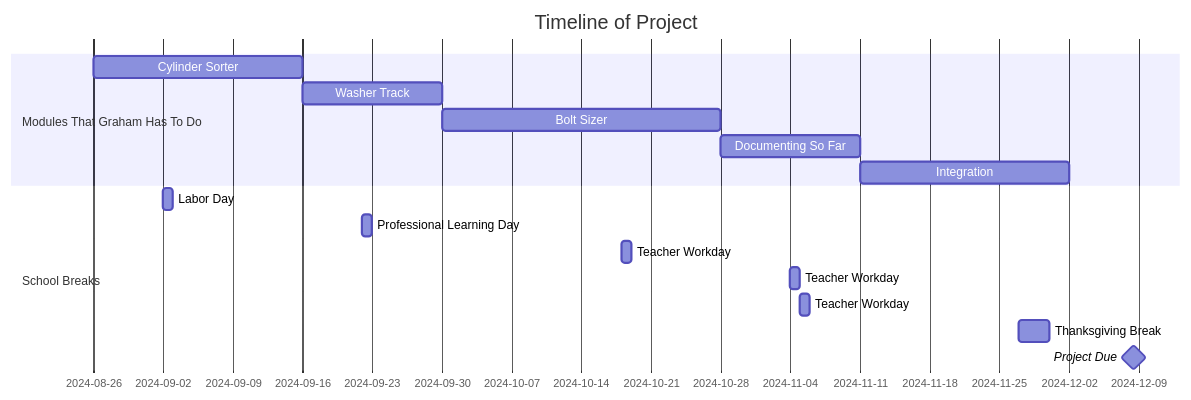
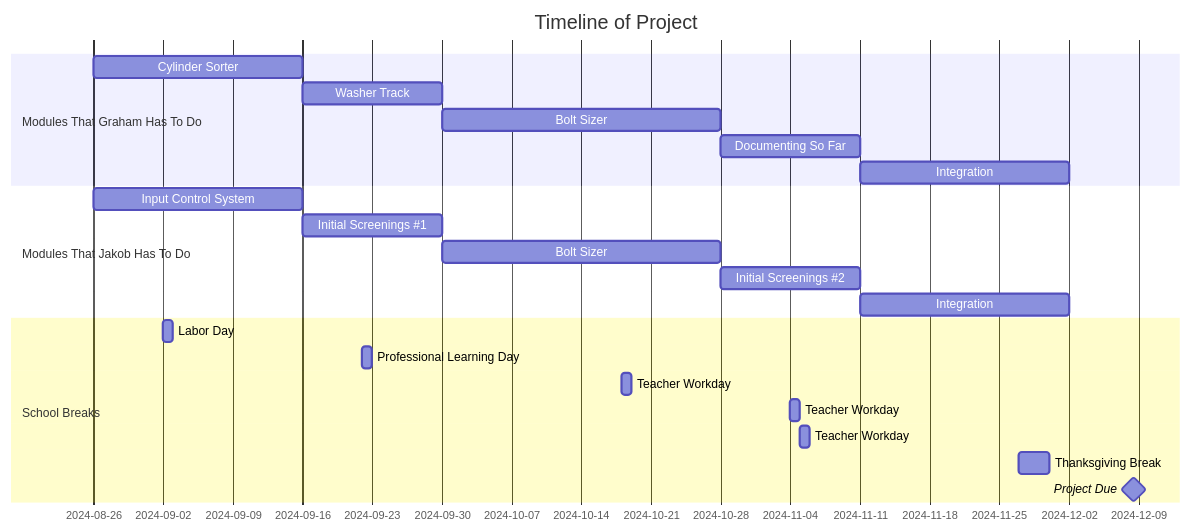
One commit to VeganPorkChop/ThreadedItemsTransferSystem changed the second of 2 diagrams in README.md. Above: the diagram before and after it, drawn with Mermaid.

````diff
--- a/README.md
+++ b/README.md
@@ -63,30 +63,33 @@
 ```mermaid
 
 gantt
     tickInterval 1week
     weekday monday
     dateFormat  YYYY-MM-DD
     title       Timeline of Project
 
     section Modules That Graham Has To Do
     Cylinder Sorter : 2024-8-26, 3w
     Washer Track : 2024-9-16, 2w
     Bolt Sizer : 2024-9-30, 4w
     Documenting So Far : 2024-10-28, 2w
     Integration : 2024-11-11, 3w
 
     section Modules That Jakob Has To Do
-
-    section Integration Days
+    Input Control System : 2024-8-26, 3w
+    Initial Screenings #1 : 2024-9-16, 2w
+    Bolt Sizer : 2024-9-30, 4w
+    Initial Screenings #2 : 2024-10-28, 2w
+    Integration : 2024-11-11, 3w
 
     section School Breaks 
     Labor Day : 2024-09-02, 1d
     Professional Learning Day : 2024-09-22, 1d
     Teacher Workday : 2024-10-18, 1d
     Teacher Workday : 2024-11-4, 1d
     Teacher Workday : 2024-11-5, 1d
     Thanksgiving Break : 2024-11-27, 3d
 
     Project Due : milestone, 2024-12-08, 1d
     
 ```
````
